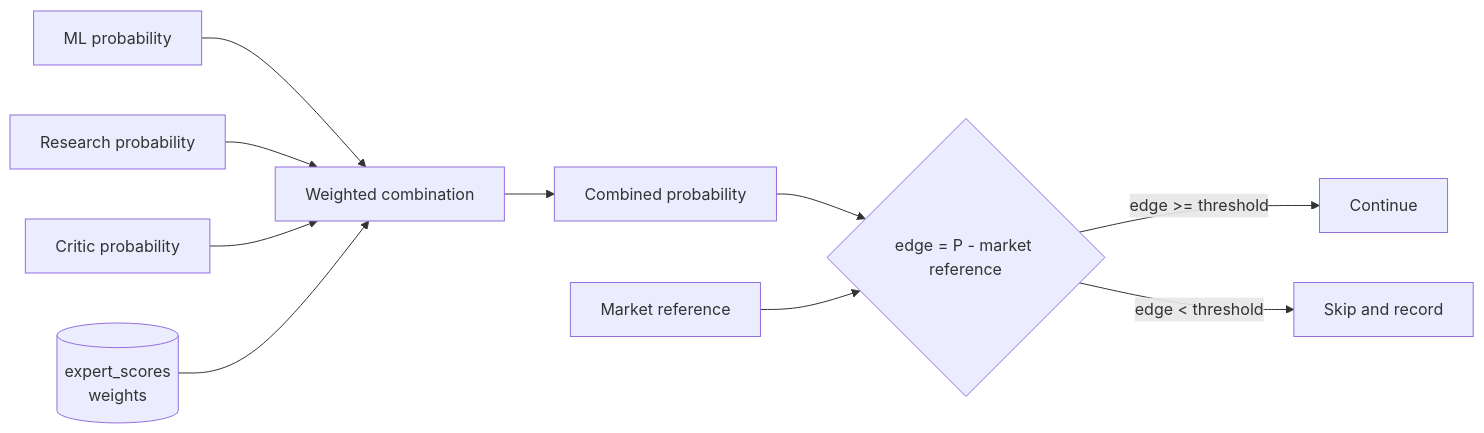
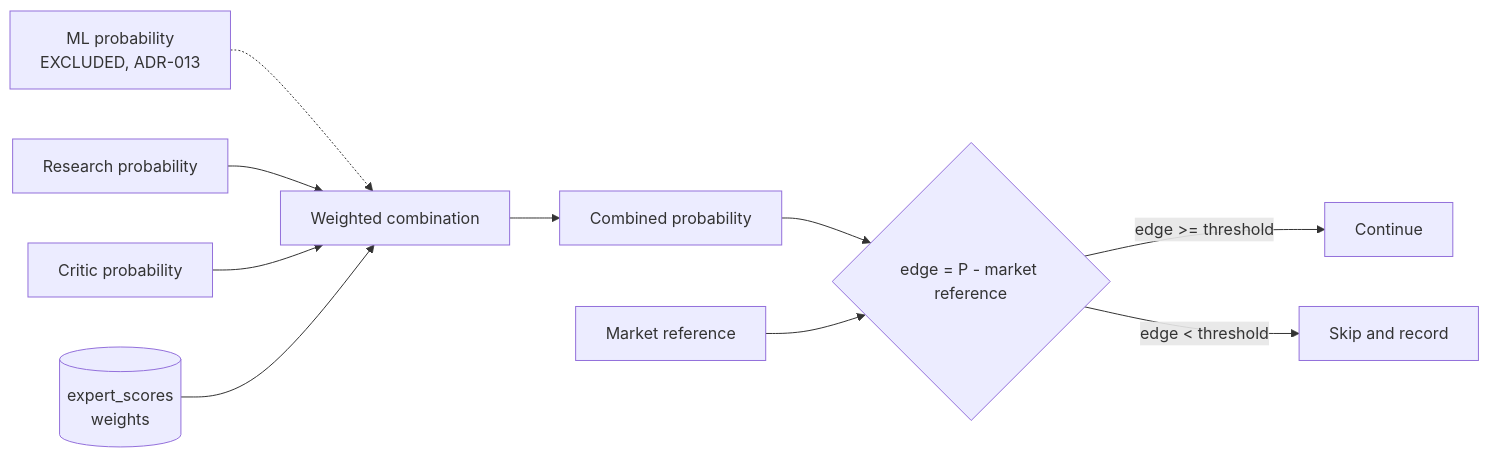
One commit to xakpc/Alpaca.NoIdea changed the diagram in .lode/experts/forecast-combination.md. Above: the diagram before and after it, drawn with Mermaid. The commit also changed other lines of this file and 15 other files, not shown here.

````diff
--- a/.lode/experts/forecast-combination.md
+++ b/.lode/experts/forecast-combination.md
@@ -7,12 +14,12 @@
 ```mermaid
 flowchart LR
-    ML[ML probability] --> C[Weighted combination]
+    ML["ML probability<br/>EXCLUDED, ADR-013"] -.-> C[Weighted combination]
     R[Research probability] --> C
     K[Critic probability] --> C
     W[(expert_scores<br/>weights)] --> C
     C --> P[Combined probability]
     P --> D{edge = P - market reference}
     M[Market reference] --> D
     D -->|edge >= threshold| Y[Continue]
     D -->|edge < threshold| N[Skip and record]
 ```
````
